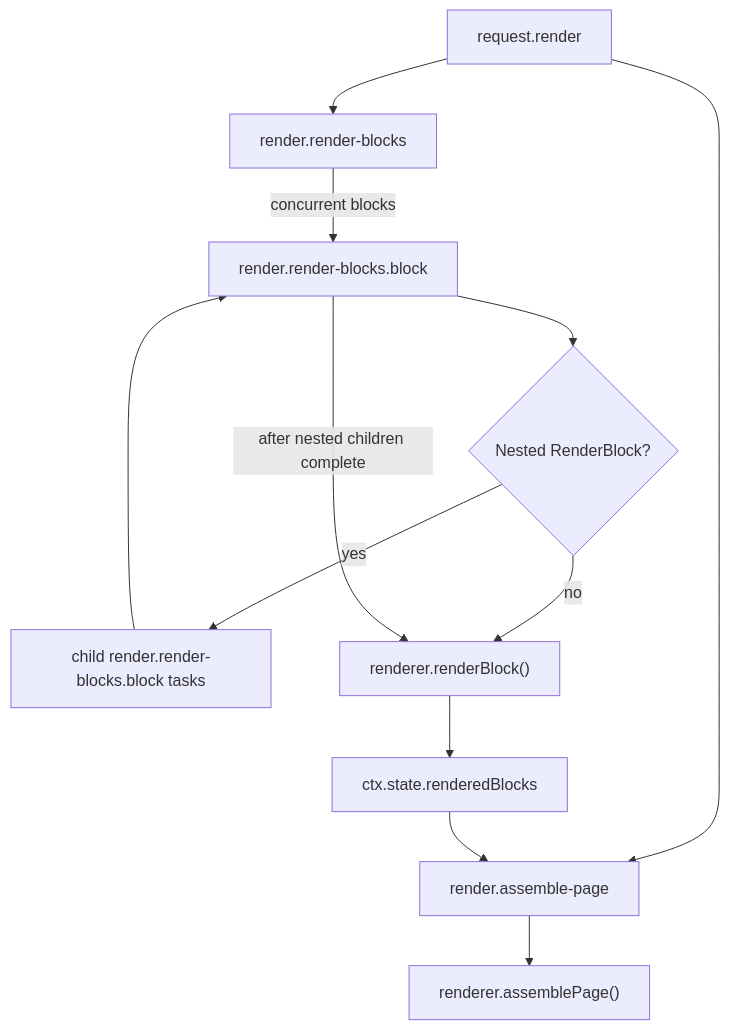
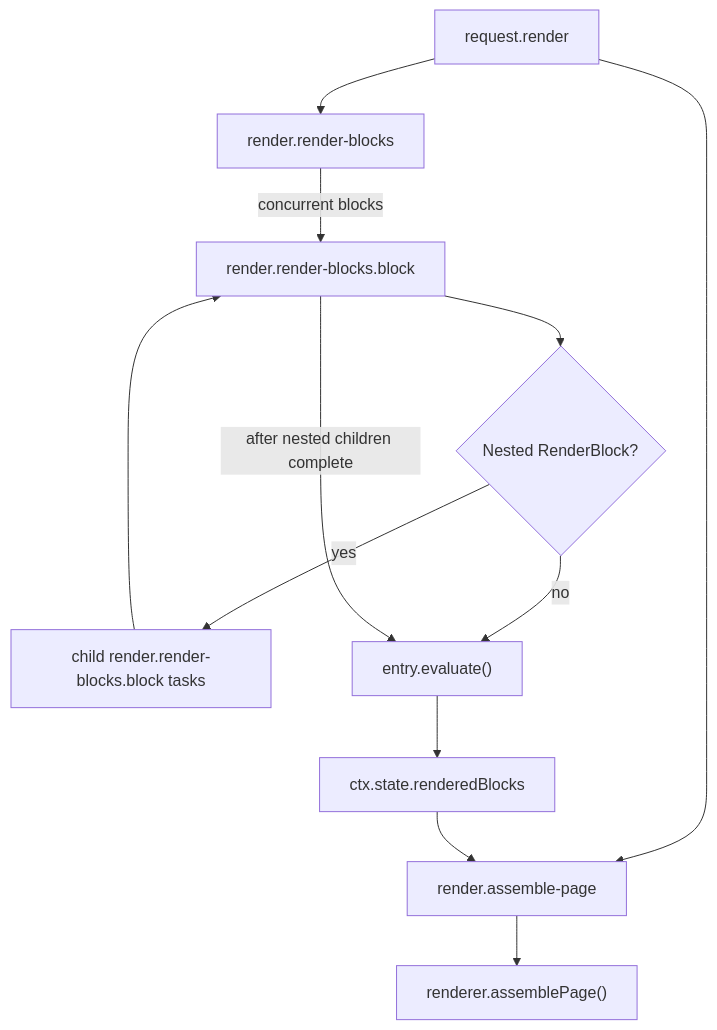
One commit to ministryofjustice/hmpps-forge changed the diagram in packages/forge-core/src/engine/concerns/render/runtime/README.md. Above: the diagram before and after it, drawn with Mermaid. The commit also changed other lines of this file and 153 other files, not shown here.

````diff
--- a/packages/forge-core/src/engine/concerns/render/runtime/README.md
+++ b/packages/forge-core/src/engine/concerns/render/runtime/README.md
@@ -82,14 +85,14 @@
 ```mermaid
 flowchart TD
   render["request.render"] --> blocks["render.render-blocks"]
   render --> assemble["render.assemble-page"]
   blocks -->|"concurrent blocks"| block["render.render-blocks.block"]
   block --> nested{"Nested RenderBlock?"}
   nested -->|yes| nestedChildren["child render.render-blocks.block tasks"]
   nestedChildren --> block
-  nested -->|no| renderBlock["renderer.renderBlock()"]
-  block -->|"after nested children complete"| renderBlock
-  renderBlock --> rendered["ctx.state.renderedBlocks"]
+  nested -->|no| evaluate["entry.evaluate()"]
+  block -->|"after nested children complete"| evaluate
+  evaluate --> rendered["ctx.state.renderedBlocks"]
   rendered --> assemble
   assemble --> output["renderer.assemblePage()"]
 ```
````
